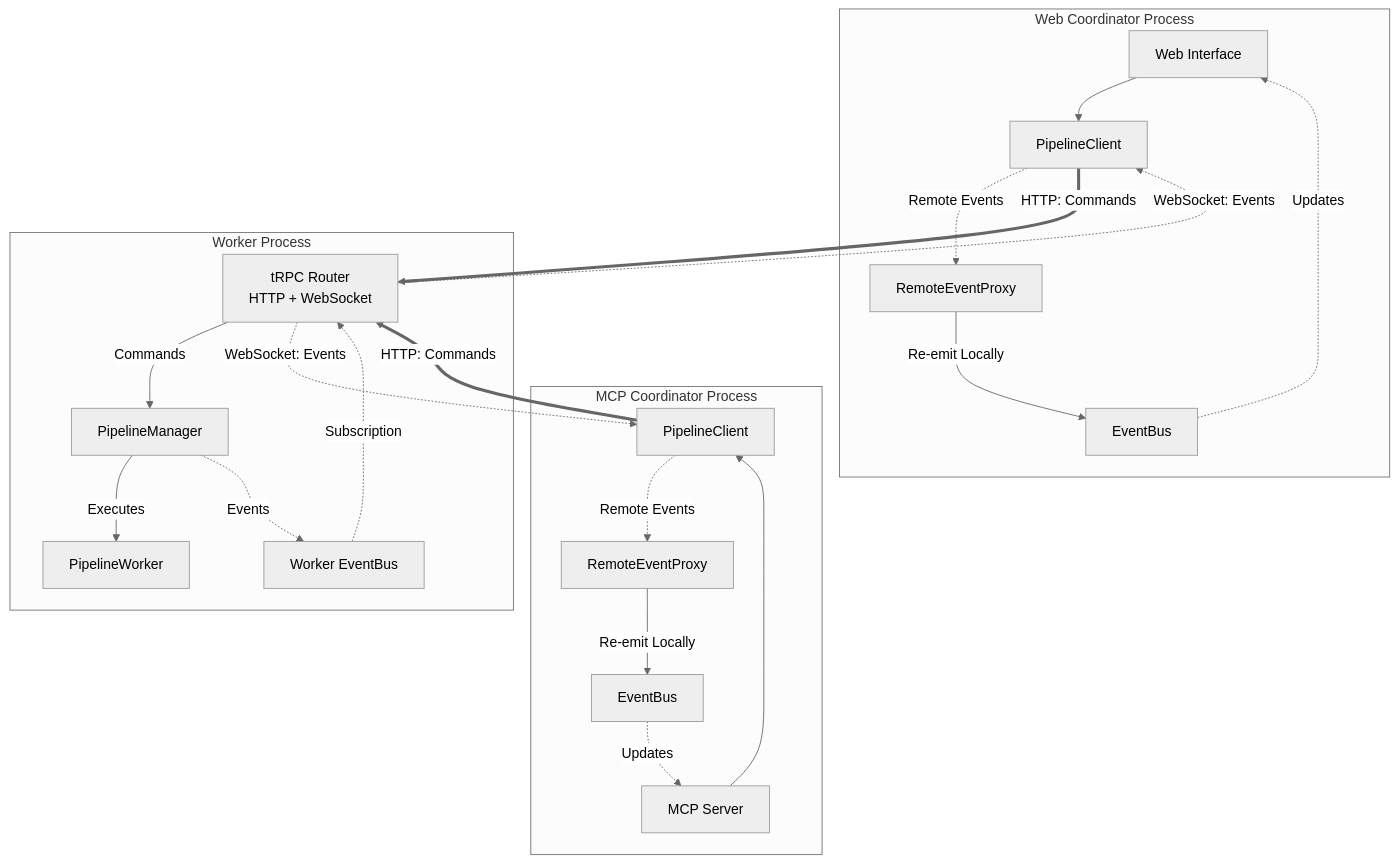
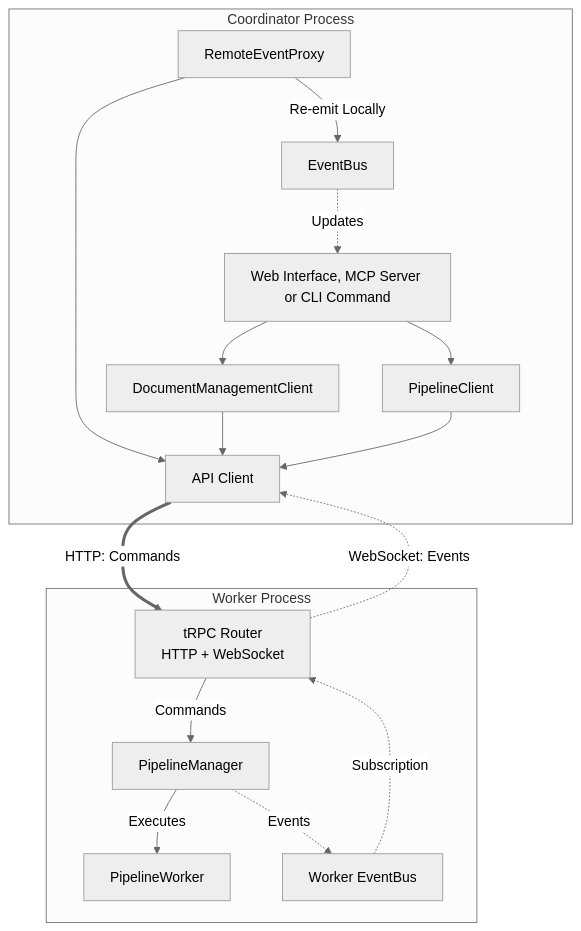
Before and after one commit to arabold/docs-mcp-server: the second of 2 diagrams in ARCHITECTURE.md, drawn with Mermaid (neutral theme). The commit also changed other lines of this file and 86 other files, not shown here.

````diff
--- a/ARCHITECTURE.md
+++ b/ARCHITECTURE.md
@@ -148,45 +147,33 @@
 ```mermaid
 graph TD
-    subgraph "Web Coordinator Process"
-        WEB_UI[Web Interface]
-        WEB_CLIENT[PipelineClient]
-        WEB_PROXY[RemoteEventProxy]
-        WEB_EB[EventBus]
+    subgraph "Coordinator Process"
+        UI[Web Interface, MCP Server or CLI Command]
+        DOCS[DocumentManagementClient]
+        PIPE[PipelineClient]
+        PROXY[RemoteEventProxy]
+        API[API Client]
+        EB[EventBus]
 
-        WEB_UI --> WEB_CLIENT
-        WEB_CLIENT -.->|Remote Events| WEB_PROXY
-        WEB_PROXY -->|Re-emit Locally| WEB_EB
-        WEB_EB -.->|Updates| WEB_UI
-    end
-
-    subgraph "MCP Coordinator Process"
-        MCP_SRV[MCP Server]
-        MCP_CLIENT[PipelineClient]
-        MCP_PROXY[RemoteEventProxy]
-        MCP_EB[EventBus]
-
-        MCP_SRV --> MCP_CLIENT
-        MCP_CLIENT -.->|Remote Events| MCP_PROXY
-        MCP_PROXY -->|Re-emit Locally| MCP_EB
-        MCP_EB -.->|Updates| MCP_SRV
+        UI --> DOCS & PIPE
+        DOCS & PIPE --> API
+        PROXY --> API
+        PROXY -->|Re-emit Locally| EB
+        EB -.->|Updates| UI
     end
 
     subgraph "Worker Process"
         TRPC[tRPC Router<br/>HTTP + WebSocket]
         W_MGR[PipelineManager]
         W_EB[Worker EventBus]
         W_WORKER[PipelineWorker]
 
         TRPC -->|Commands| W_MGR
         W_MGR -->|Executes| W_WORKER
         W_MGR -.->|Events| W_EB
         W_EB -.->|Subscription| TRPC
     end
 
     %% Network Connections
-    WEB_CLIENT ==>|HTTP: Commands| TRPC
-    TRPC -.->|WebSocket: Events| WEB_CLIENT
-
-    MCP_CLIENT ==>|HTTP: Commands| TRPC
-    TRPC -.->|WebSocket: Events| MCP_CLIENT
+    API ==>|HTTP: Commands| TRPC
+    TRPC -.->|WebSocket: Events| API
 ```
````
